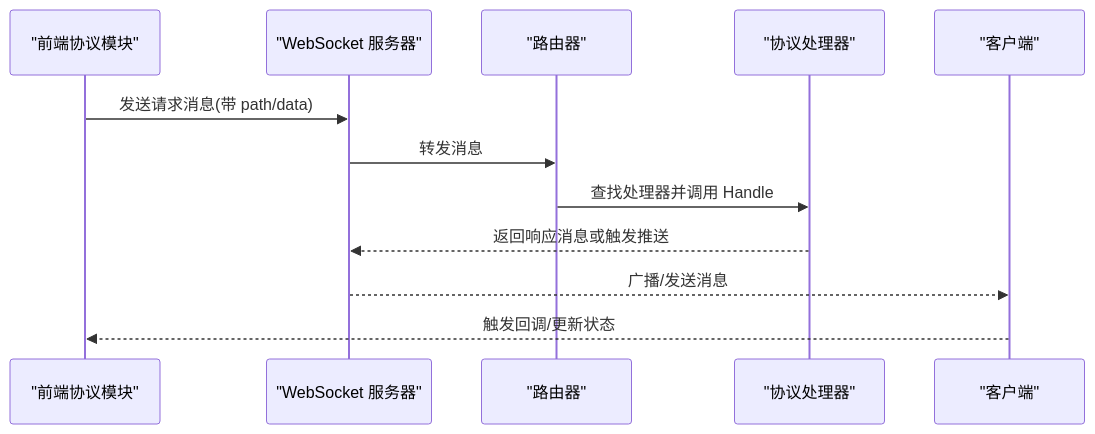
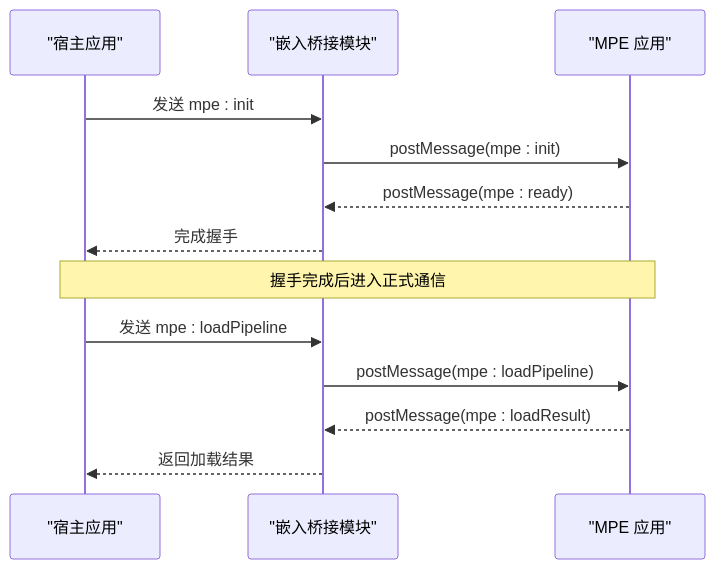
Before and after one commit to kqcoxn/MaaPipelineEditor: the second of 8 diagrams in .qoder/repowiki/zh/content/核心概念/通信协议/通信协议.md, drawn with Mermaid. The commit also changed other lines of this file and 5 other files, not shown here.

````diff
--- a/.qoder/repowiki/zh/content/核心概念/通信协议/通信协议.md
+++ b/.qoder/repowiki/zh/content/核心概念/通信协议/通信协议.md
@@ -119,14 +135,15 @@
 ```mermaid
 sequenceDiagram
-participant FE as "前端协议模块"
-participant WS as "WebSocket 服务器"
-participant RT as "路由器"
-participant HD as "协议处理器"
-participant CL as "客户端"
-FE->>WS : 发送请求消息(带 path/data)
-WS->>RT : 转发消息
-RT->>HD : 查找处理器并调用 Handle
-HD-->>WS : 返回响应消息或触发推送
-WS-->>CL : 广播/发送消息
-CL-->>FE : 触发回调/更新状态
+participant Host as "宿主应用"
+participant EMB as "嵌入桥接模块"
+participant MPE as "MPE 应用"
+Host->>EMB : 发送 mpe : init
+EMB->>MPE : postMessage(mpe : init)
+MPE-->>EMB : postMessage(mpe : ready)
+EMB-->>Host : 完成握手
+Note over Host,MPE : 握手完成后进入正式通信
+Host->>EMB : 发送 mpe : loadPipeline
+EMB->>MPE : postMessage(mpe : loadPipeline)
+MPE-->>EMB : postMessage(mpe : loadResult)
+EMB-->>Host : 返回加载结果
 ```
````
